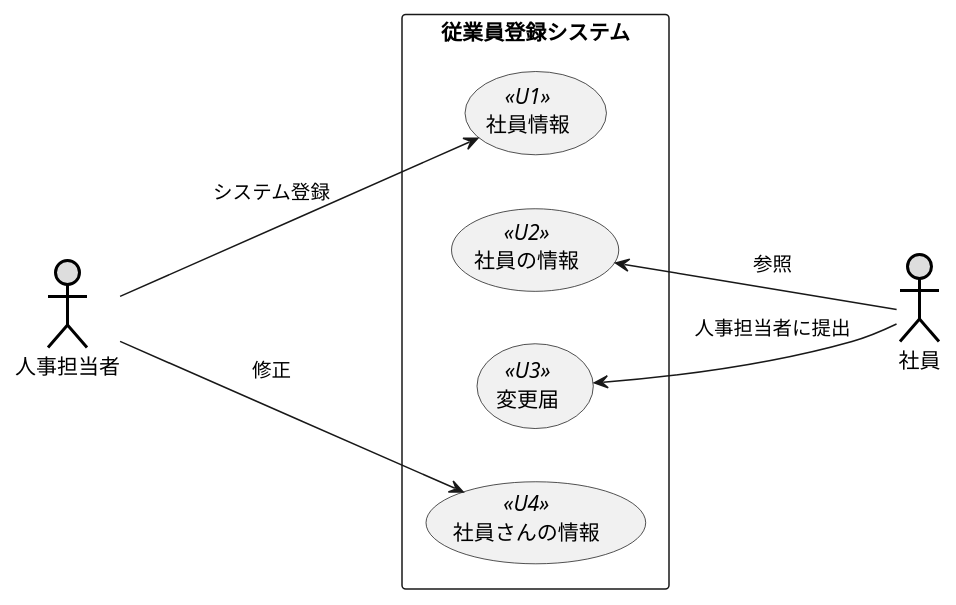
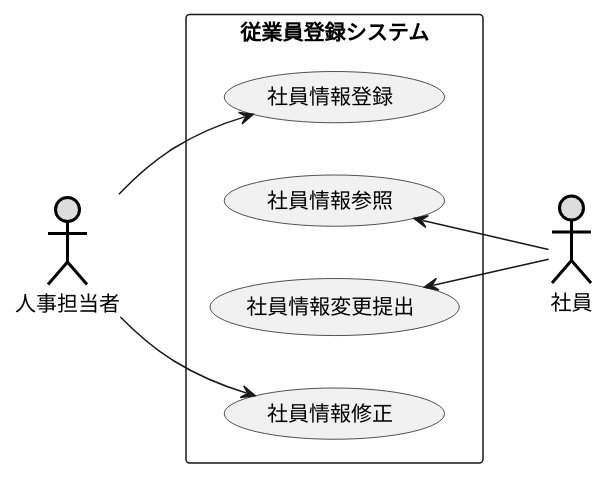
Before and after one commit to github-use-a/uml-introduction: the diagram in 演習2-6_盛岡システム_従業員登録システム.pu, drawn with PlantUML. The commit also changed 1 other file, not shown here.

```diff
--- a/演習2-6_盛岡システム_従業員登録システム.pu
+++ b/演習2-6_盛岡システム_従業員登録システム.pu
@@ -1,15 +1,18 @@
 @startuml ユースケース図
 left to right direction
 actor 人事担当者#DDDDDD;line:black;line.bold;
 actor 社員#DDDDDD;line:black;line.bold;
 rectangle 従業員登録システム {
-usecase 社員情報 << U1 >>
-usecase 社員の情報 << U2 >>
-usecase 変更届 << U3 >>
-usecase 社員さんの情報 << U4 >>
+usecase 社員情報登録
+usecase 社員情報参照
+usecase 社員情報変更提出
+usecase 社員情報修正
 }
-人事担当者--> 社員情報 : システム登録
-社員の情報 <--社員 : 参照
-変更届 <--社員 : 人事担当者に提出
-人事担当者---> 社員さんの情報 : 修正
+人事担当者--> 社員情報登録 
+社員情報参照<-- 社員 
+社員情報変更提出 <-- 社員
+人事担当者--> 社員情報修正
+
+
+
 @enduml
```
